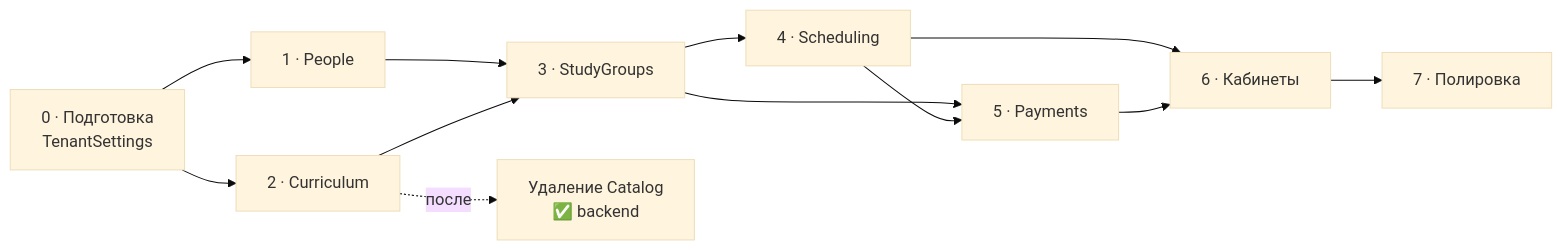
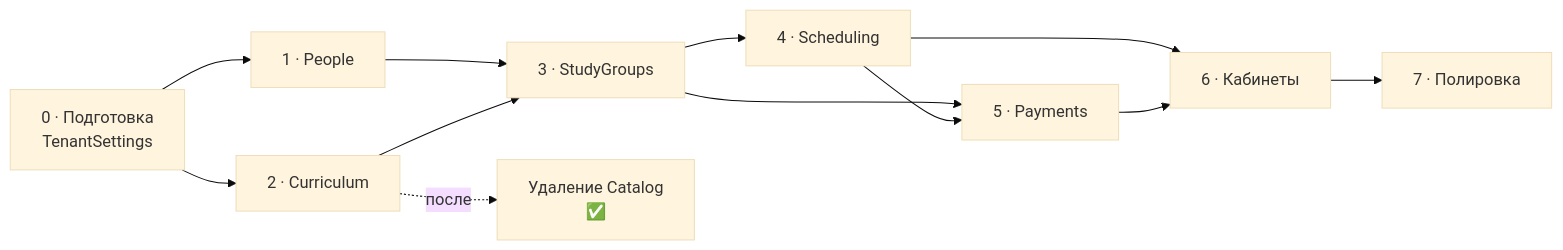
Before and after one commit to horesse/edvantix-platform: the diagram in docs/04 Задачи/Этапы внедрения.md, drawn with Mermaid (base theme). The commit also changed other lines of this file and 7 other files, not shown here.

````diff
--- a/docs/04 Задачи/Этапы внедрения.md
+++ b/docs/04 Задачи/Этапы внедрения.md
@@ -17,14 +17,14 @@
 ```mermaid
 flowchart LR
     E0["0 · Подготовка<br/>TenantSettings"] --> E1["1 · People"]
     E0 --> E2["2 · Curriculum"]
     E1 --> E3["3 · StudyGroups"]
     E2 --> E3
-    E2 -.->|после| DEL["Удаление Catalog<br/>✅ backend"]
+    E2 -.->|после| DEL["Удаление Catalog<br/>✅"]
     E3 --> E4["4 · Scheduling"]
     E3 --> E5["5 · Payments"]
     E4 --> E5
     E4 --> E6["6 · Кабинеты"]
     E5 --> E6
     E6 --> E7["7 · Полировка"]
 ```
````
